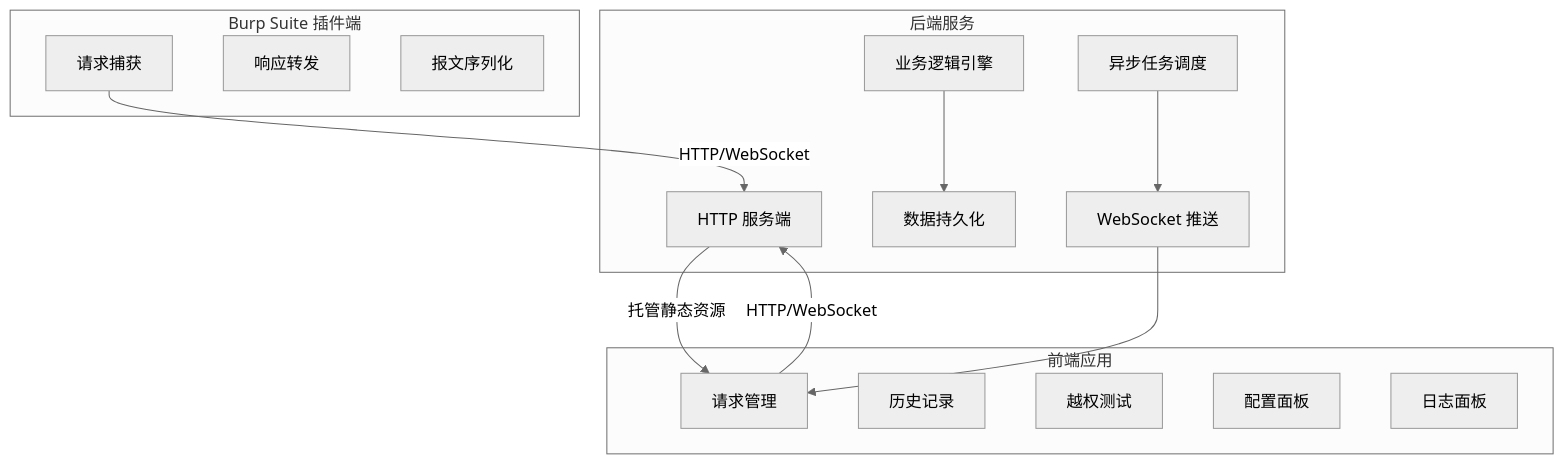
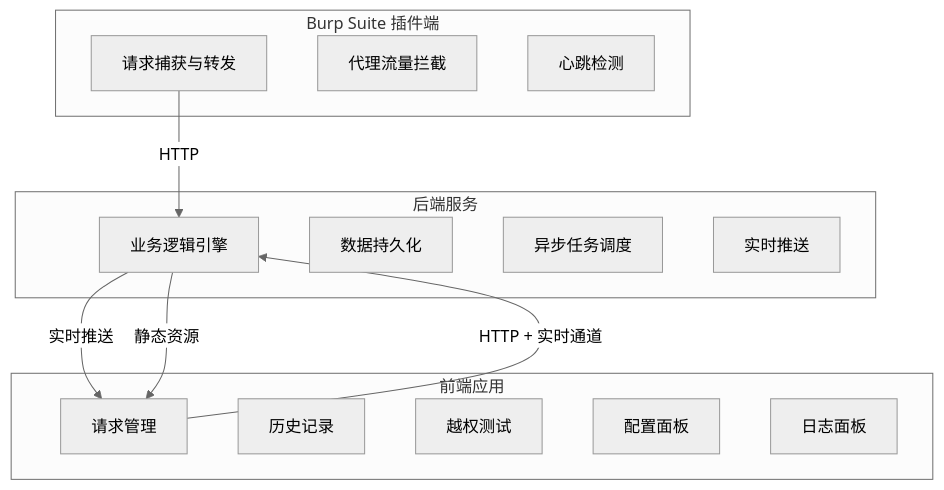
The first of 6 diagrams in doc/分离式架构_PRD.md (GitHubNull/repeaterManger), drawn with Mermaid (neutral theme) before and after one commit. The commit also changed other lines of this file and 13 other files, not shown here.

````diff
--- a/doc/分离式架构_PRD.md
+++ b/doc/分离式架构_PRD.md
@@ -75,31 +72,28 @@
 ```mermaid
 graph TB
     subgraph "Burp Suite 插件端"
-        BP["请求捕获"]
-        BP2["响应转发"]
-        BP3["报文序列化"]
+        BP["请求捕获与转发"]
+        BP2["代理流量拦截"]
+        BP3["心跳检测"]
     end
 
     subgraph "后端服务"
-        BE["HTTP 服务端"]
-        BE2["业务逻辑引擎"]
-        BE3["数据持久化"]
-        BE4["异步任务调度"]
-        BE5["WebSocket 推送"]
+        BE["业务逻辑引擎"]
+        BE2["数据持久化"]
+        BE3["异步任务调度"]
+        BE4["实时推送"]
     end
 
     subgraph "前端应用"
         FE["请求管理"]
         FE2["历史记录"]
         FE3["越权测试"]
         FE4["配置面板"]
         FE5["日志面板"]
     end
 
-    BP -->|"HTTP/WebSocket"| BE
-    BE -->|"托管静态资源"| FE
-    FE -->|"HTTP/WebSocket"| BE
-    BE2 --> BE3
-    BE4 --> BE5
-    BE5 --> FE
+    BP -->|"HTTP"| BE
+    FE -->|"HTTP + 实时通道"| BE
+    BE -->|"实时推送"| FE
+    BE -->|"静态资源"| FE
 ```
````
